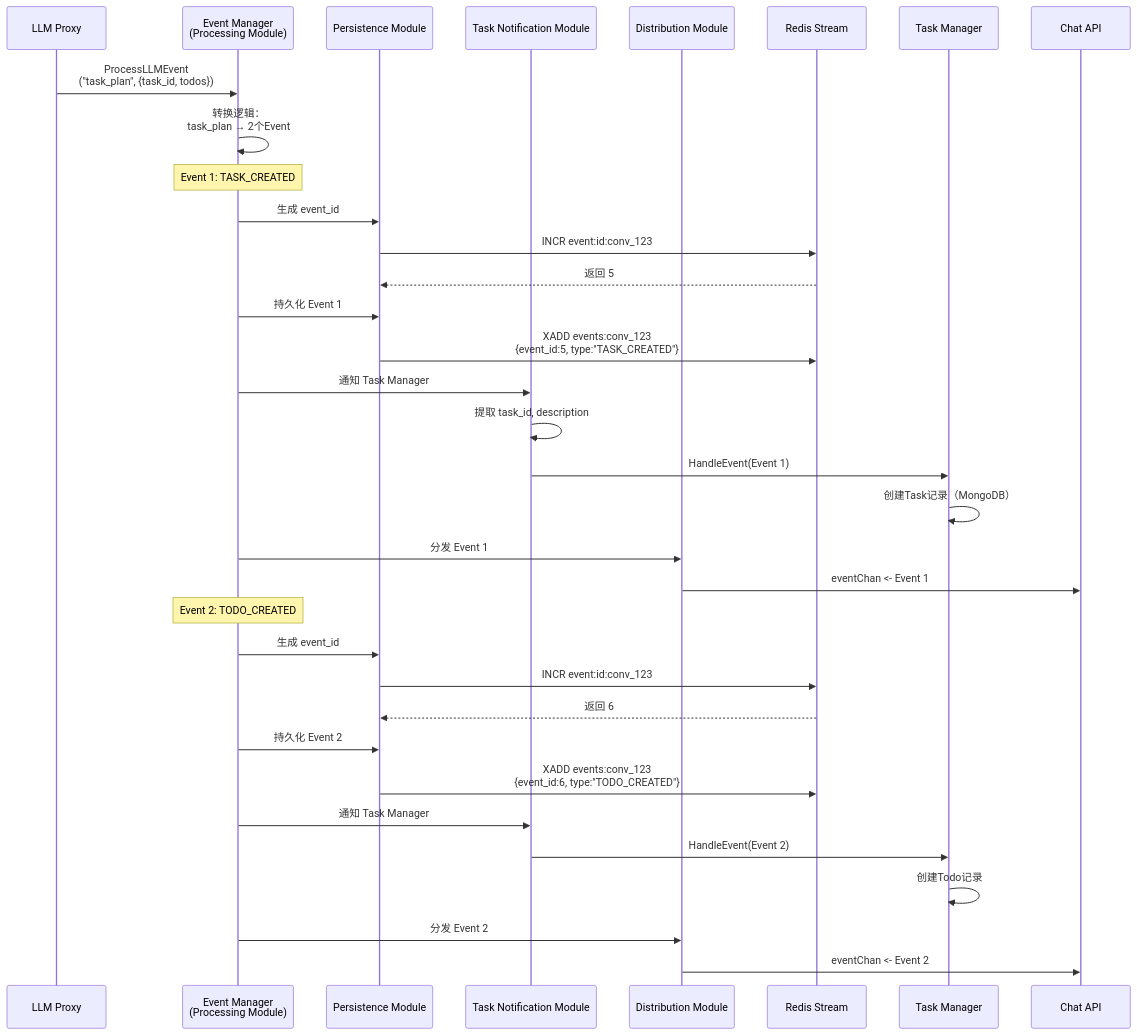
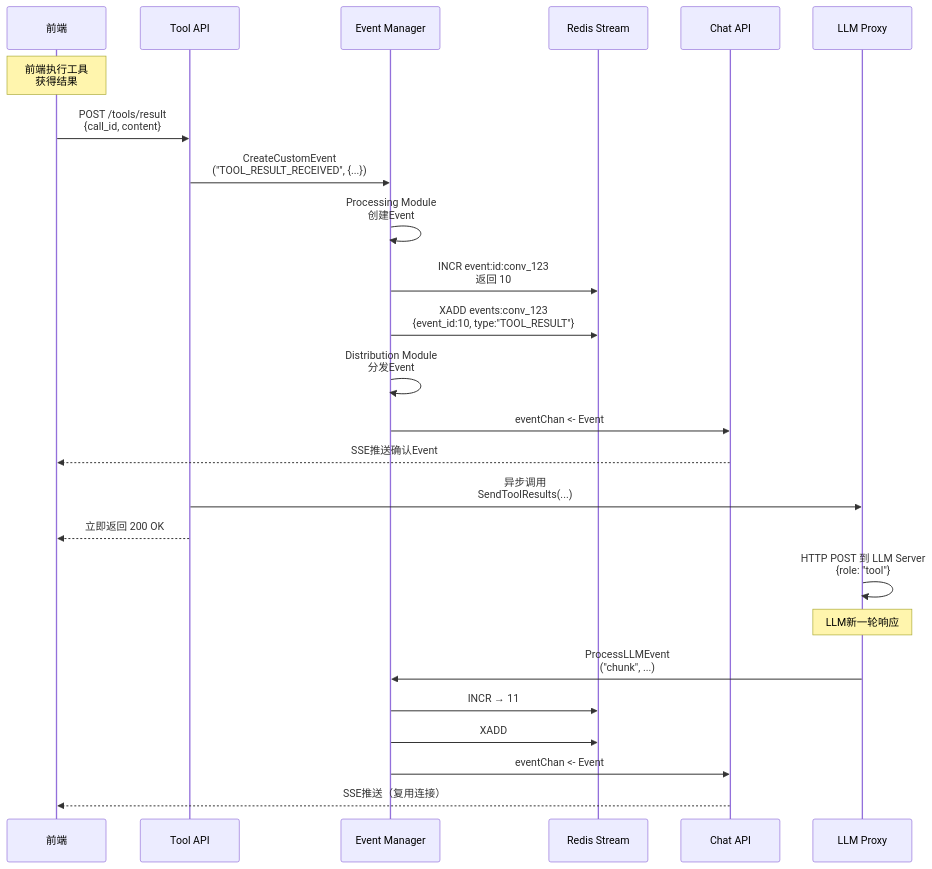
Before and after one commit to yingjianzh/iodraw-files: the diagram in all/未命名-10.md, drawn with Mermaid.

Commit message:
2025-12-22 17:38:07 update

````diff
--- a/all/未命名-10.md
+++ b/all/未命名-10.md
@@ -1,46 +1,36 @@
 ```mermaid
 sequenceDiagram
+    participant FE as 前端
+    participant ToolAPI as Tool API
+    participant EventMgr as Event Manager
+    participant Redis as Redis Stream
+    participant ChatAPI as Chat API
     participant LLMProxy as LLM Proxy
-    participant EventProc as Event Manager<br/>(Processing Module)
-    participant Persist as Persistence Module
-    participant TaskNotif as Task Notification Module
-    participant Distrib as Distribution Module
-    participant Redis as Redis Stream
-    participant TaskMgr as Task Manager
-    participant ChatAPI as Chat API
 
-    LLMProxy->>EventProc: ProcessLLMEvent<br/>("task_plan", {task_id, todos})
+    Note over FE: 前端执行工具<br/>获得结果
 
-    EventProc->>EventProc: 转换逻辑：<br/>task_plan → 2个Event
+    FE->>ToolAPI: POST /tools/result<br/>{call_id, content}
     
-    Note over EventProc: Event 1: TASK_CREATED
-    EventProc->>Persist: 生成 event_id
-    Persist->>Redis: INCR event:id:conv_123
-    Redis-->>Persist: 返回 5
+    ToolAPI->>EventMgr: CreateCustomEvent<br/>("TOOL_RESULT_RECEIVED", {...})
     
-    EventProc->>Persist: 持久化 Event 1
-    Persist->>Redis: XADD events:conv_123<br/>{event_id:5, type:"TASK_CREATED"}
+    EventMgr->>EventMgr: Processing Module<br/>创建Event
+    EventMgr->>Redis: INCR event:id:conv_123<br/>返回 10
+    EventMgr->>Redis: XADD events:conv_123<br/>{event_id:10, type:"TOOL_RESULT"}
     
-    EventProc->>TaskNotif: 通知 Task Manager
-    TaskNotif->>TaskNotif: 提取 task_id, description
-    TaskNotif->>TaskMgr: HandleEvent(Event 1)
-    TaskMgr->>TaskMgr: 创建Task记录（MongoDB）
+    EventMgr->>EventMgr: Distribution Module<br/>分发Event
+    EventMgr->>ChatAPI: eventChan <- Event
+    ChatAPI-->>FE: SSE推送确认Event
     
-    EventProc->>Distrib: 分发 Event 1
-    Distrib->>ChatAPI: eventChan <- Event 1
+    ToolAPI->>LLMProxy: 异步调用<br/>SendToolResults(...)
+    ToolAPI-->>FE: 立即返回 200 OK
     
-    Note over EventProc: Event 2: TODO_CREATED
-    EventProc->>Persist: 生成 event_id
-    Persist->>Redis: INCR event:id:conv_123
-    Redis-->>Persist: 返回 6
+    LLMProxy->>LLMProxy: HTTP POST 到 LLM Server<br/>{role: "tool"}
     
-    EventProc->>Persist: 持久化 Event 2
-    Persist->>Redis: XADD events:conv_123<br/>{event_id:6, type:"TODO_CREATED"}
+    Note over LLMProxy: LLM新一轮响应
     
-    EventProc->>TaskNotif: 通知 Task Manager
-    TaskNotif->>TaskMgr: HandleEvent(Event 2)
-    TaskMgr->>TaskMgr: 创建Todo记录
-    
-    EventProc->>Distrib: 分发 Event 2
-    Distrib->>ChatAPI: eventChan <- Event 2
+    LLMProxy->>EventMgr: ProcessLLMEvent<br/>("chunk", ...)
+    EventMgr->>Redis: INCR → 11
+    EventMgr->>Redis: XADD
+    EventMgr->>ChatAPI: eventChan <- Event
+    ChatAPI-->>FE: SSE推送（复用连接）
 ```
````
